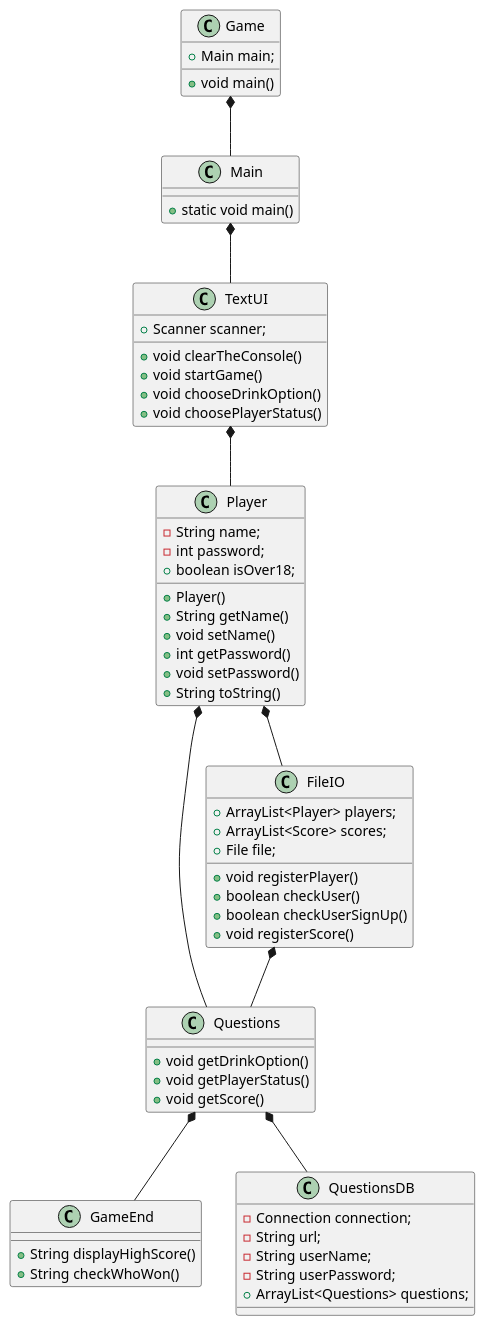
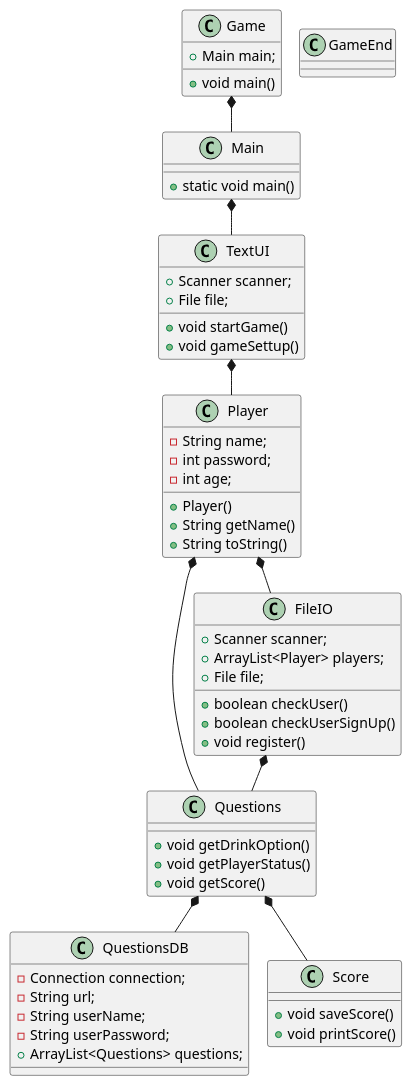
Before and after one commit to MajaLHJensen/DrukSpil: the diagram in src/Game.puml, drawn with PlantUML. The commit also changed 4 other files, not shown here.

Commit message:
added on the UML

```diff
--- a/src/Game.puml
+++ b/src/Game.puml
@@ -1,65 +1,60 @@
 @startuml
-
+!pragma layout smetana
 class Game
 class Main
 class TextUI
 class Player
 class Questions
 class GameEnd
 class FileIO
 class QuestionsDB
 
 Game *-- Main
 Main *-- TextUI
 TextUI *-- Player
 Player *-- Questions
 Questions *-- QuestionsDB
 Player *-- FileIO
 FileIO *-- Questions
-Questions *-- GameEnd
+Questions *-- Score
 
 
 Game : + Main main;
 Game : + void main()
 
 Main : + static void main()
 
 TextUI : + Scanner scanner;
-TextUI : + void clearTheConsole()
+TextUI : + File file;
 TextUI : + void startGame()
-TextUI : + void chooseDrinkOption()
-TextUI : + void choosePlayerStatus()
+TextUI : + void gameSettup()
 
 QuestionsDB : - Connection connection;
 QuestionsDB : - String url;
 QuestionsDB : - String userName;
 QuestionsDB : - String userPassword;
 QuestionsDB : + ArrayList<Questions> questions;
 
 Player : - String name;
 Player : - int password;
-Player : + boolean isOver18;
+Player : - int age;
 Player : + Player()
 Player : + String getName()
-Player : + void setName()
-Player : + int getPassword()
-Player : + void setPassword()
 Player : + String toString()
 
+FileIO : + Scanner scanner;
 FileIO : + ArrayList<Player> players;
-FileIO : + ArrayList<Score> scores;
 FileIO : + File file;
-FileIO : + void registerPlayer()
 FileIO : + boolean checkUser()
 FileIO : + boolean checkUserSignUp()
-FileIO : + void registerScore()
+FileIO : + void register()
 
 Questions : + void getDrinkOption()
 Questions : + void getPlayerStatus()
 Questions : + void getScore()
 
-GameEnd : + String displayHighScore()
-GameEnd : + String checkWhoWon()
+Score : + void saveScore()
+Score : + void printScore()
 
 
 @enduml
```
